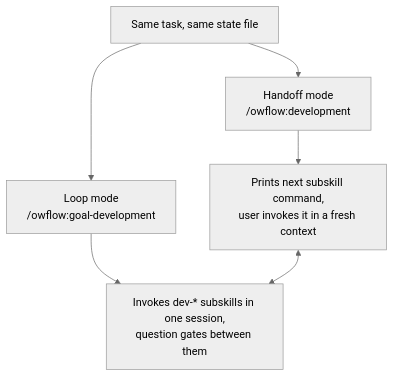
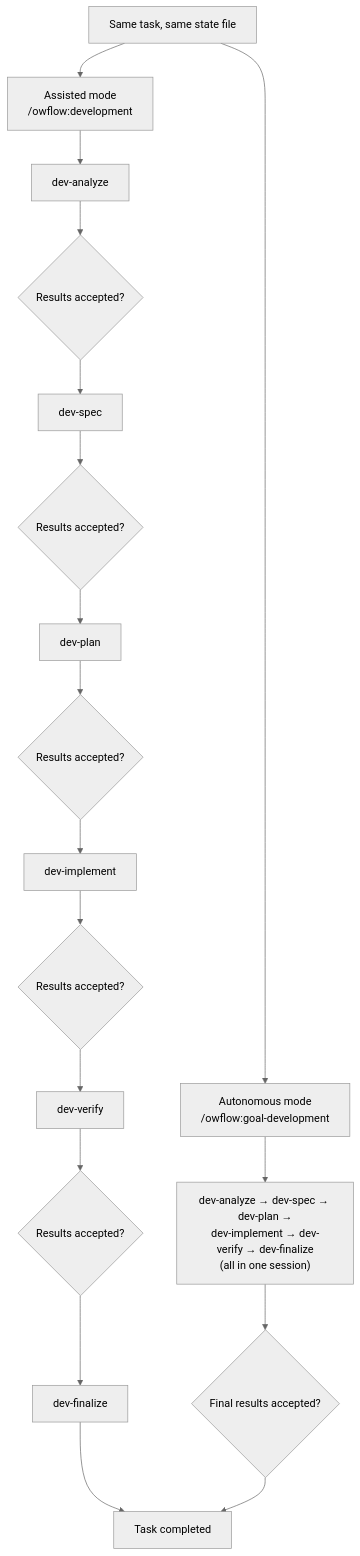
One commit to palucdev/owflow changed the second of 5 diagrams in docs/workflows.md. Above: the diagram before and after it, drawn with Mermaid (neutral theme). The commit also changed other lines of this file and 39 other files, not shown here.

Commit message:
Review remarks - wording and diagrams

````diff
--- a/docs/workflows.md
+++ b/docs/workflows.md
@@ -59,8 +60,9 @@
 ```mermaid
 flowchart TD
-    Entry["Same task, same state file"] --> H["Handoff mode<br/>/owflow:development"]
-    Entry --> L["Loop mode<br/>/owflow:goal-development"]
-    H --> H1["Prints next subskill command,<br/>user invokes it in a fresh context"]
-    L --> L1["Invokes dev-* subskills in one session,<br/>question gates between them"]
-    H1 <--> L1
+    Entry["Same task, same state file"] --> H["Assisted mode<br/>/owflow:development"]
+    Entry --> L["Autonomous mode<br/>/owflow:goal-development"]
+    H --> H1["dev-analyze"] --> H1Q{"Results accepted?"} --> H2["dev-spec"] --> H2Q{"Results accepted?"} --> H3["dev-plan"] --> H3Q{"Results accepted?"} --> H4["dev-implement"] --> H4Q{"Results accepted?"} --> H5["dev-verify"] --> H5Q{"Results accepted?"} --> H6["dev-finalize"]
+    L --> L1["dev-analyze → dev-spec → dev-plan →<br/>dev-implement → dev-verify → dev-finalize<br/>(all in one session)"] --> LQ{"Final results accepted?"}
+    H6 --> Done["Task completed"]
+    LQ --> Done
 ```
````
